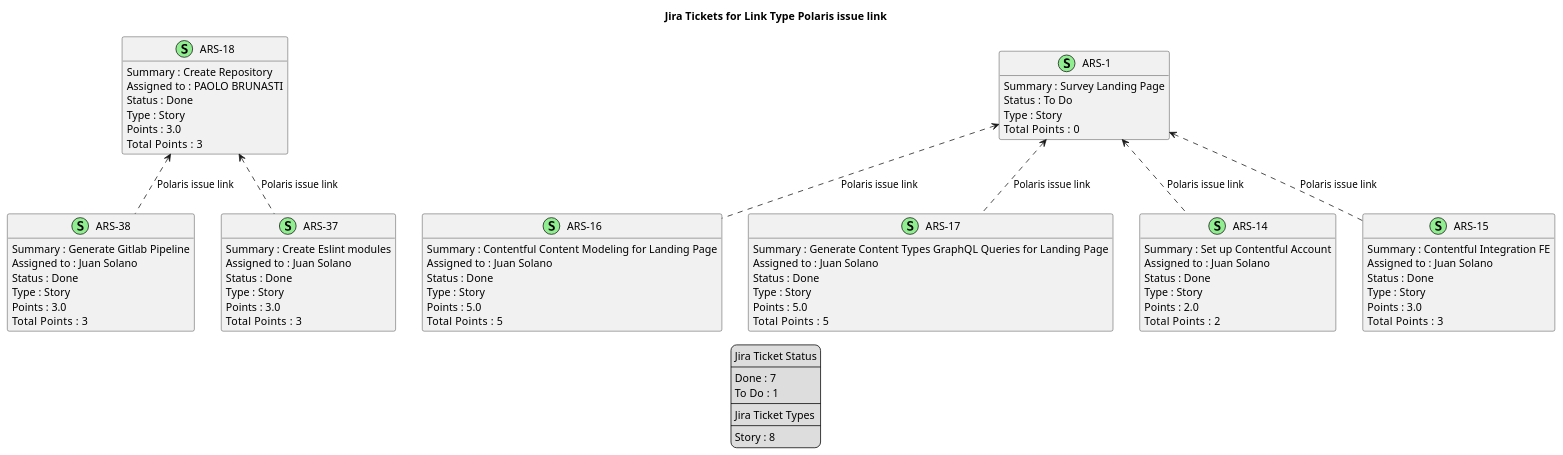
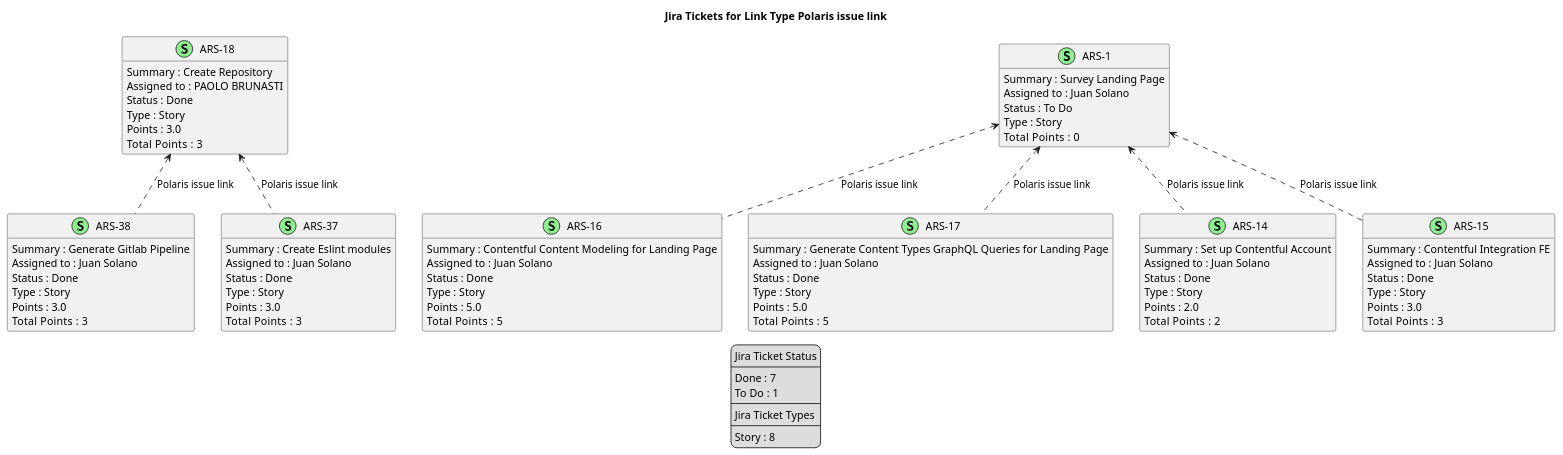
One commit to brunasti/jiraplotter changed the diagram in docs/nexus/jira-LinkType-Polaris_issue_link.puml. Above: the diagram before and after it, drawn with PlantUML. The commit also changed 24 other files, not shown here.

Commit message:
Regenerates Nexus diagrams

```diff
--- a/docs/nexus/jira-LinkType-Polaris_issue_link.puml
+++ b/docs/nexus/jira-LinkType-Polaris_issue_link.puml
@@ -1,110 +1,111 @@
 @startuml
 'https://plantuml.com/class-diagram
 
 ' GENERATE CLASS DIAGRAM ===========
-' Generated at    : Thu May 16 15:52:42 CEST 2024
+' Generated at    : Tue May 21 11:41:22 CEST 2024
 
 title Jira Tickets for Link Type Polaris issue link
 hide empty members
 
 legend
 Jira Ticket Status
 ----
 Done : 7
 To Do : 1
 ----
 Jira Ticket Types
 ----
 Story : 8
 end legend
 
 
 ' Tickets =======
 class "ARS-38" << (S,lightgreen) >> {
  Summary : Generate Gitlab Pipeline
  Assigned to : Juan Solano
  Status : Done
  Type : Story
  Points : 3.0
 Total  Points : 3
 }
 
 class "ARS-16" << (S,lightgreen) >> {
  Summary : Contentful Content Modeling for Landing Page
  Assigned to : Juan Solano
  Status : Done
  Type : Story
  Points : 5.0
 Total  Points : 5
 }
 
 class "ARS-17" << (S,lightgreen) >> {
  Summary : Generate Content Types GraphQL Queries for Landing Page
  Assigned to : Juan Solano
  Status : Done
  Type : Story
  Points : 5.0
 Total  Points : 5
 }
 
 class "ARS-18" << (S,lightgreen) >> {
  Summary : Create Repository
  Assigned to : PAOLO BRUNASTI
  Status : Done
  Type : Story
  Points : 3.0
 Total  Points : 3
 }
 
 class "ARS-14" << (S,lightgreen) >> {
  Summary : Set up Contentful Account
  Assigned to : Juan Solano
  Status : Done
  Type : Story
  Points : 2.0
 Total  Points : 2
 }
 
 class "ARS-37" << (S,lightgreen) >> {
  Summary : Create Eslint modules
  Assigned to : Juan Solano
  Status : Done
  Type : Story
  Points : 3.0
 Total  Points : 3
 }
 
 class "ARS-15" << (S,lightgreen) >> {
  Summary : Contentful Integration FE
  Assigned to : Juan Solano
  Status : Done
  Type : Story
  Points : 3.0
 Total  Points : 3
 }
 
 class "ARS-1" << (S,lightgreen) >> {
  Summary : Survey Landing Page
+ Assigned to : Juan Solano
  Status : To Do
  Type : Story
 Total  Points : 0
 }
 
 
 
 ' Links =======
 "ARS-18" <.. "ARS-37" : Polaris issue link
 
 "ARS-18" <.. "ARS-38" : Polaris issue link
 
 "ARS-1" <.. "ARS-14" : Polaris issue link
 
 "ARS-1" <.. "ARS-15" : Polaris issue link
 
 "ARS-1" <.. "ARS-16" : Polaris issue link
 
 "ARS-1" <.. "ARS-17" : Polaris issue link
 
 
 
 @enduml
```
